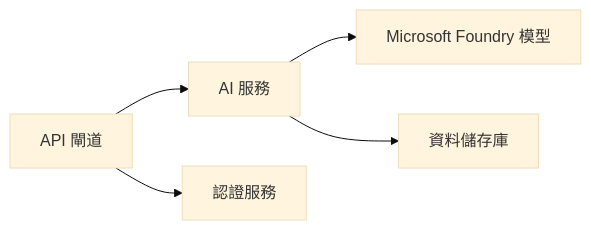
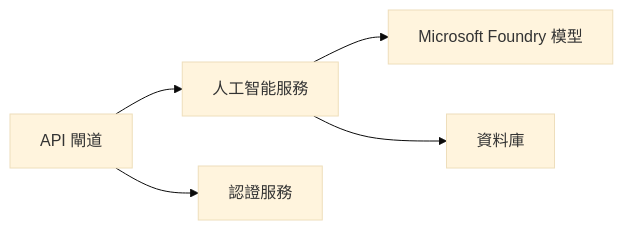
Before and after one commit to microsoft/AZD-for-beginners: the first of 2 diagrams in translations/zh-HK/docs/chapter-08-production/README.md, drawn with Mermaid (base theme). The commit also changed other lines of this file and 104 other files, not shown here.

````diff
--- a/translations/zh-HK/docs/chapter-08-production/README.md
+++ b/translations/zh-HK/docs/chapter-08-production/README.md
@@ -48,6 +48,6 @@
 ```mermaid
 graph LR
-    Gateway[API 閘道] --> AI[AI 服務] --> Models[Microsoft Foundry 模型]
+    Gateway[API 閘道] --> AI[人工智能服務] --> Models[Microsoft Foundry 模型]
     Gateway --> Auth[認證服務]
-    AI --> Data[資料儲存庫]
+    AI --> Data[資料庫]
 ```
````
